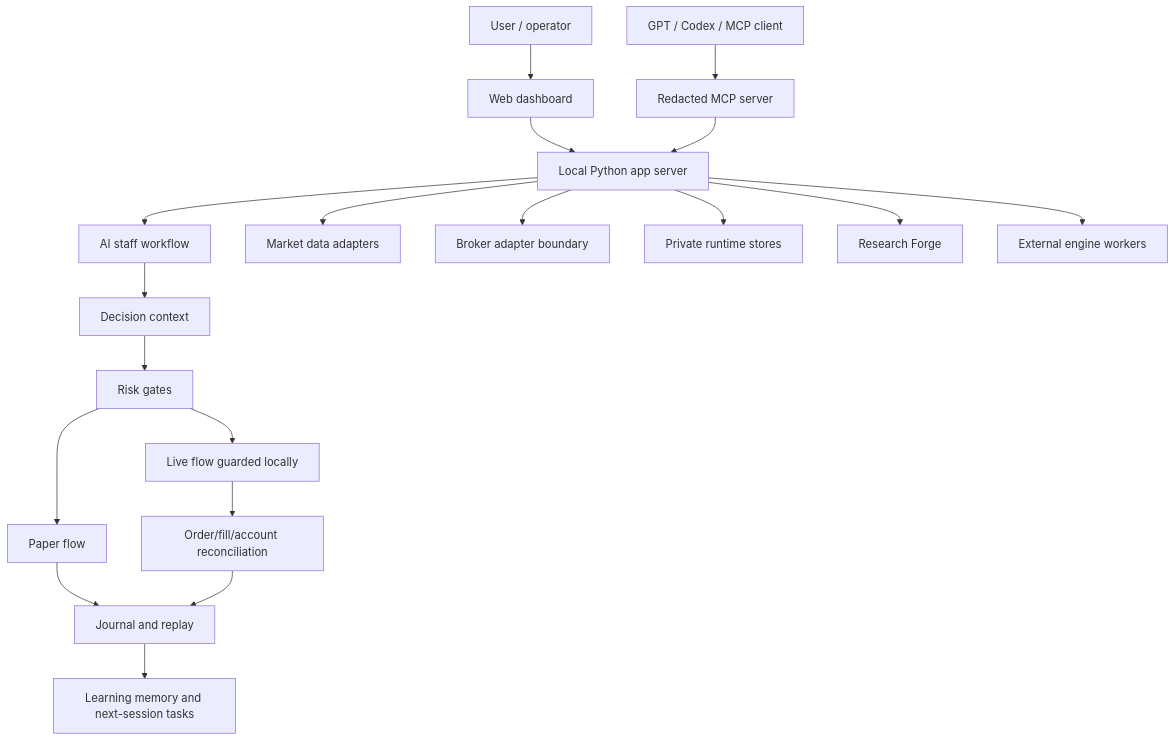
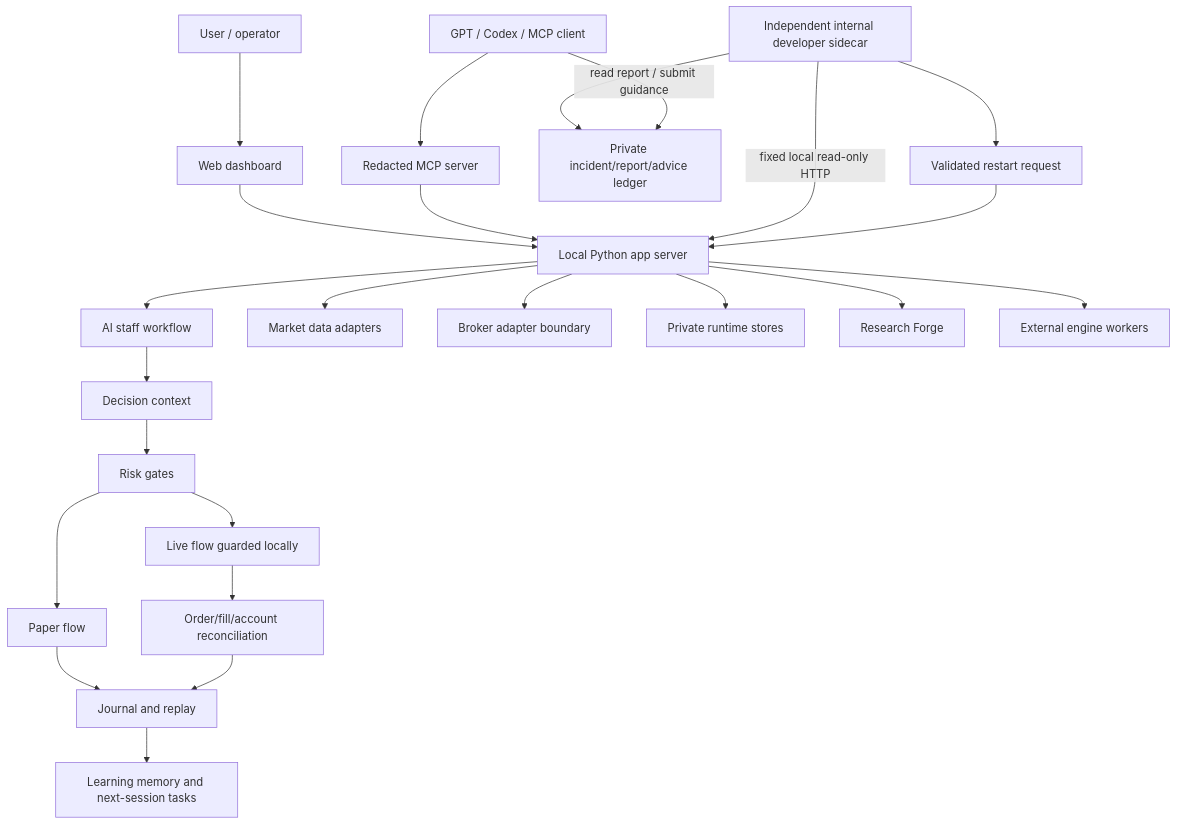
Before and after one commit to burunchhehe/codexstock: the first of 2 diagrams in docs/ARCHITECTURE.md, drawn with Mermaid. The commit also changed other lines of this file and 35 other files, not shown here.

````diff
--- a/docs/ARCHITECTURE.md
+++ b/docs/ARCHITECTURE.md
@@ -7,23 +7,28 @@
 ```mermaid
 flowchart TB
     USER["User / operator"] --> UI["Web dashboard"]
     UI --> API["Local Python app server"]
     GPT["GPT / Codex / MCP client"] --> MCP["Redacted MCP server"]
     MCP --> API
 
     API --> STAFF["AI staff workflow"]
     API --> MARKET["Market data adapters"]
     API --> BROKER["Broker adapter boundary"]
     API --> STORE["Private runtime stores"]
     API --> FORGE["Research Forge"]
     API --> EXT["External engine workers"]
+    DEV["Independent internal developer sidecar"] -->|"fixed local read-only HTTP"| API
+    DEV --> DEVSTORE["Private incident/report/advice ledger"]
+    GPT -->|"read report / submit guidance"| DEVSTORE
+    DEV --> WATCHDOG["Validated restart request"]
+    WATCHDOG --> API
 
     STAFF --> DECISION["Decision context"]
     DECISION --> RISK["Risk gates"]
     RISK --> PAPER["Paper flow"]
     RISK --> LIVE["Live flow guarded locally"]
     LIVE --> RECON["Order/fill/account reconciliation"]
     PAPER --> JOURNAL["Journal and replay"]
     RECON --> JOURNAL
     JOURNAL --> LEARNING["Learning memory and next-session tasks"]
 ```
````
